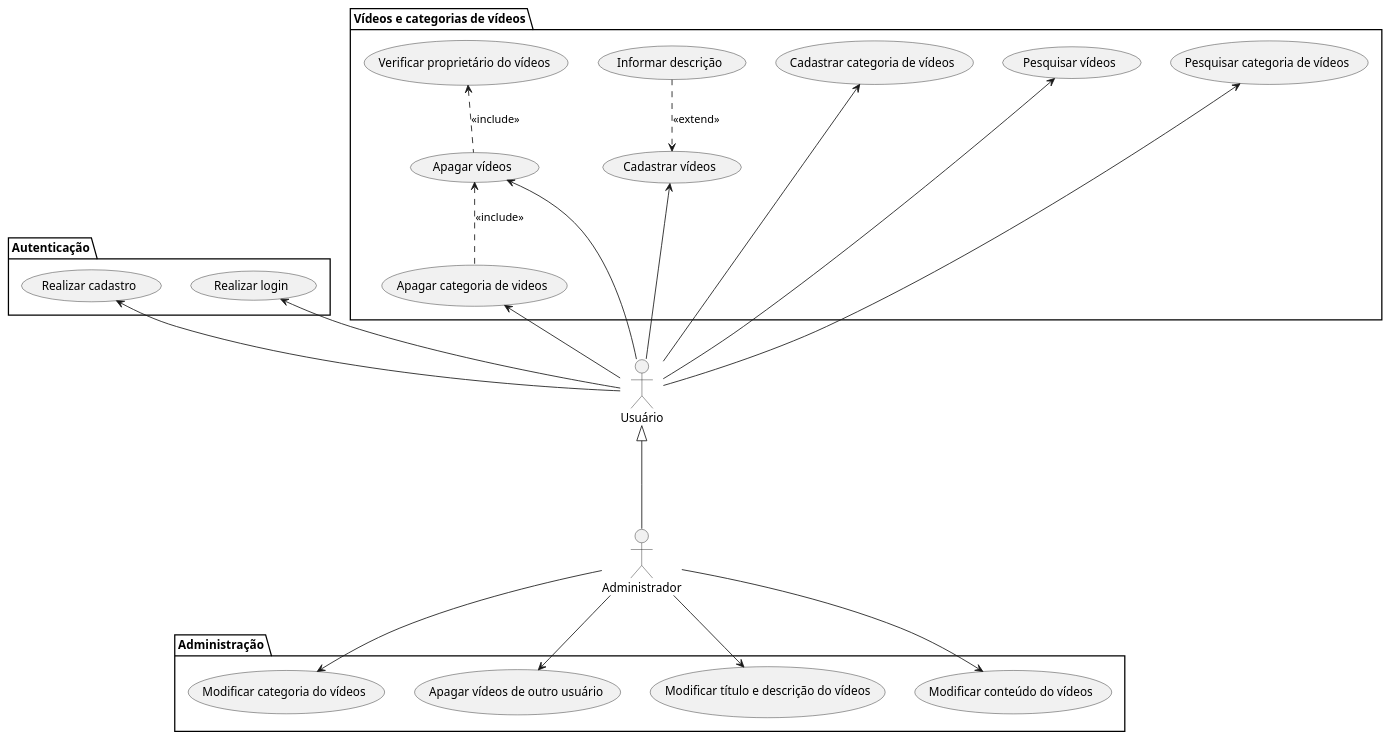
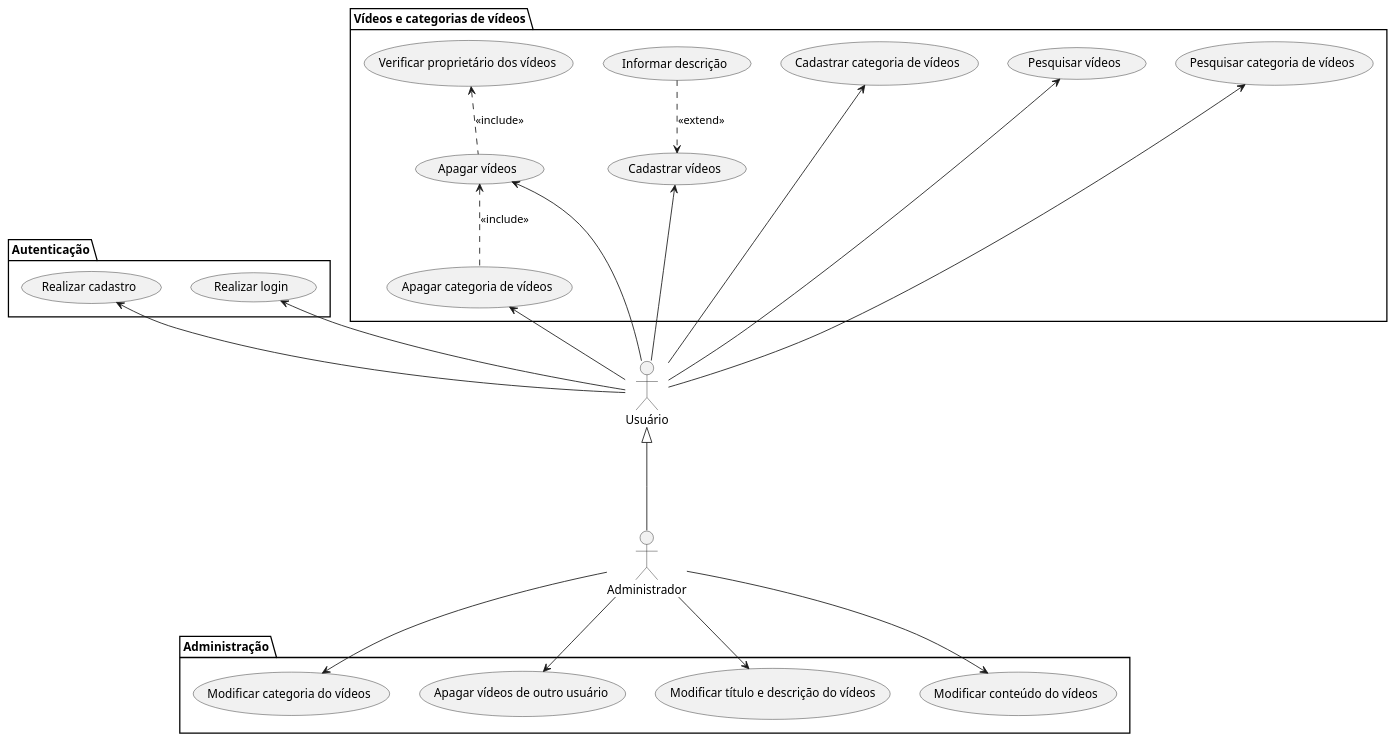
One commit to MurylloEx/DevFlix-PSW changed the diagram in Artefatos/Diagramas/Diagrama_UC_Devflix.puml. Above: the diagram before and after it, drawn with PlantUML. The commit also changed 3 other files, not shown here.

```diff
--- a/Artefatos/Diagramas/Diagrama_UC_Devflix.puml
+++ b/Artefatos/Diagramas/Diagrama_UC_Devflix.puml
@@ -1,60 +1,60 @@
 @startuml DevFlix
 skinparam Style strictuml
 
 :Usuário: as usuario
 :Administrador: as administrador
 
 
 /' Casos de uso do usuário '/
 package Autenticação {
     (Realizar cadastro) as cadastro
     (Realizar login) as login
 }
 package "Vídeos e categorias de vídeos" {
     (Apagar vídeos) as apagarv
     (Pesquisar vídeos) as pesqv
     (Cadastrar vídeos) as cadv
     (Informar descrição) as infdesc
     (Pesquisar categoria de vídeos) as pesqcatv
     (Cadastrar categoria de vídeos) as cadcatv
-    (Apagar categoria de videos) as apgcatv
-    (Verificar proprietário do vídeos) as verifprop
+    (Apagar categoria de vídeos) as apgcatv
+    (Verificar proprietário dos vídeos) as verifprop
 }
 
 
 /' Casos de uso do administrador '/
 package Administração {
     (Modificar categoria do vídeos) as modcatv
     (Modificar conteúdo do vídeos) as modcontv
     (Apagar vídeos de outro usuário) as apgvout
     (Modificar título e descrição do vídeos) as modtitdesc
 }
 
 
 /' Generalização dos atores '/
 usuario <|-down-- administrador
 
 /' Associação dos casos de uso do usuário '/
 usuario -up-> cadv
 usuario -up-> pesqcatv
 usuario -up-> apgcatv
 usuario -up-> pesqv
 usuario -up-> cadcatv
 usuario -up-> login
 usuario -up-> apagarv
 usuario -up-> cadastro
 
 
 /' Include e Extend dos casos de uso do usuário '/
 apagarv .up.> verifprop : <<include>>
 apgcatv .up.> apagarv : <<include>>
 infdesc .down.> cadv : <<extend>>
 
 
 /' Associação dos casos de uso do administrador '/
 administrador -right-> modcatv
 administrador -left-> modcontv
 administrador -down-> apgvout
 administrador -down-> modtitdesc
 
 @enduml
```
